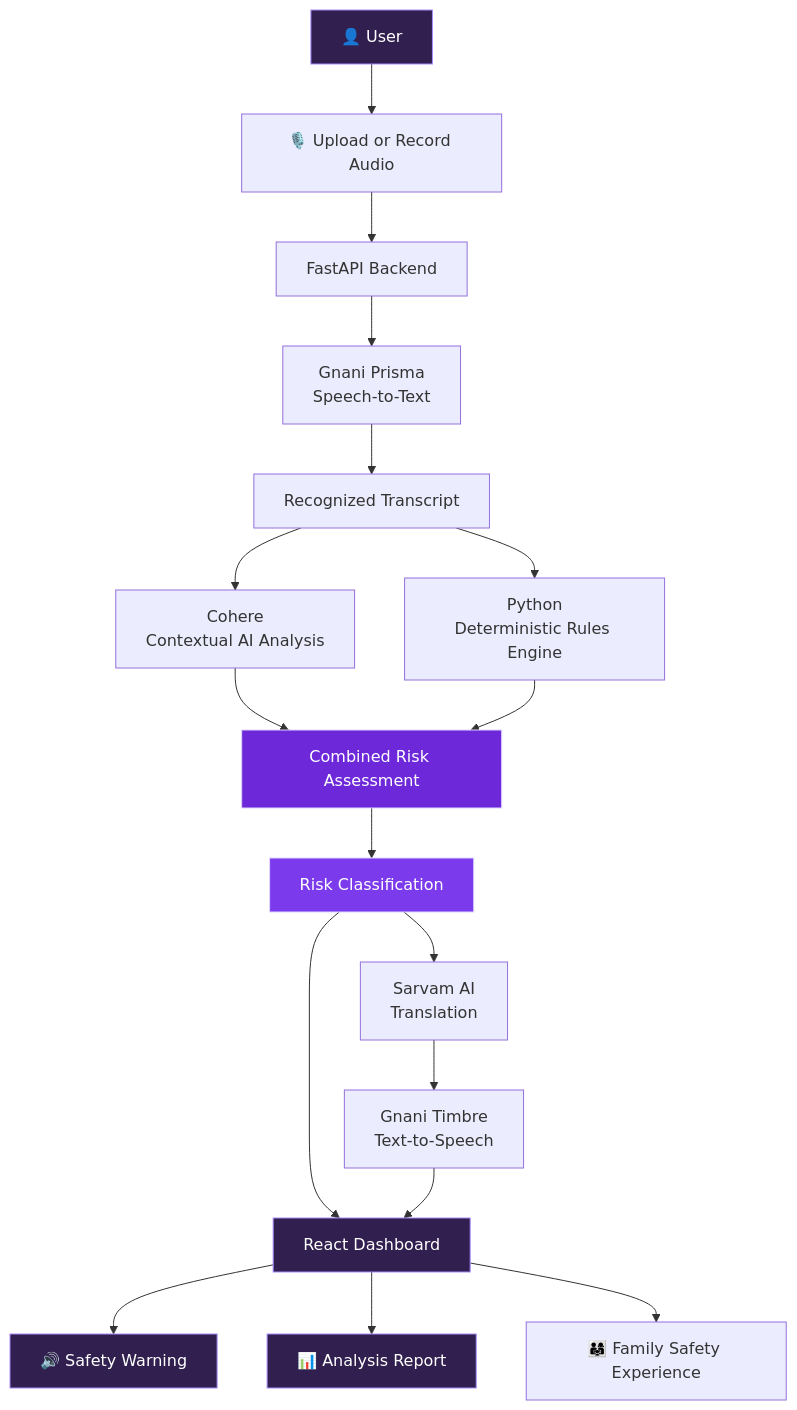
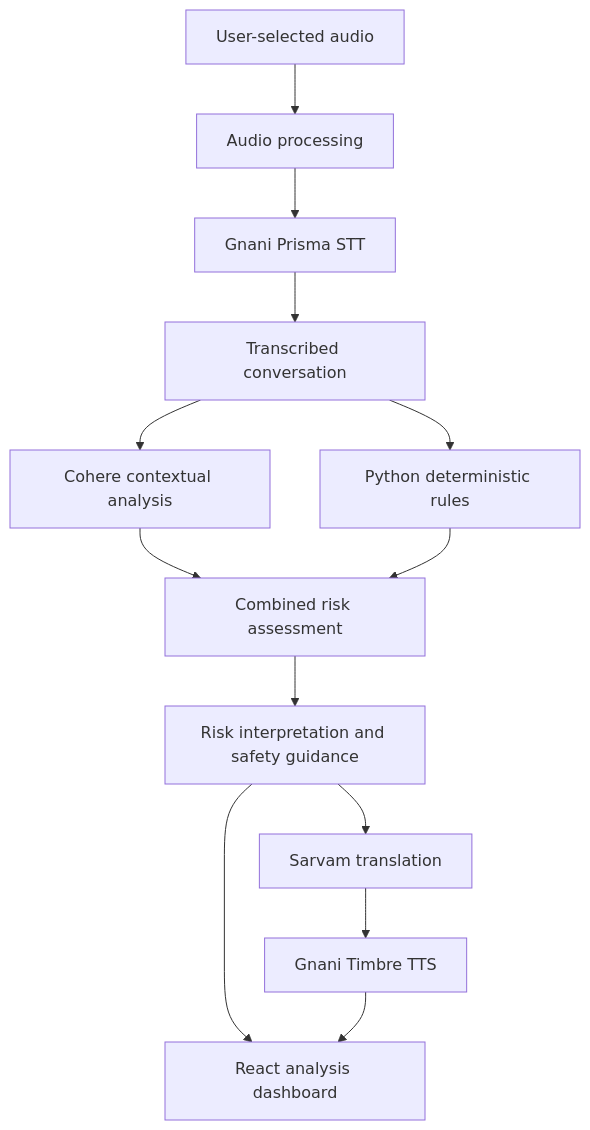
The diagram in README.md (ManyaValecha/TRUSTLINE), drawn with Mermaid before and after one commit. The commit also changed other lines of this file, not shown here.

````diff
--- a/README.md
+++ b/README.md
@@ -127,31 +103,15 @@
 ```mermaid
 flowchart TD
-    U["👤 User"] --> A["🎙️ Upload or Record Audio"]
-    A --> API["FastAPI Backend"]
-    API --> STT["Gnani Prisma<br/>Speech-to-Text"]
-    STT --> T["Recognized Transcript"]
-
-    T --> AI["Cohere<br/>Contextual AI Analysis"]
-    T --> RULES["Python<br/>Deterministic Rules Engine"]
-
-    AI --> F["Combined Risk Assessment"]
-    RULES --> F
-
-    F --> R["Risk Classification"]
-    R --> TR["Sarvam AI<br/>Translation"]
-    TR --> TTS["Gnani Timbre<br/>Text-to-Speech"]
-
-    R --> UI["React Dashboard"]
-    TTS --> UI
-
-    UI --> W["🔊 Safety Warning"]
-    UI --> REPORT["📊 Analysis Report"]
-    UI --> FAMILY["👨‍👩‍👧 Family Safety Experience"]
-
-    style U fill:#31204F,color:#fff,stroke:#A78BFA
-    style F fill:#6D28D9,color:#fff,stroke:#DDD6FE
-    style R fill:#7C3AED,color:#fff,stroke:#DDD6FE
-    style UI fill:#31204F,color:#fff,stroke:#A78BFA
-    style W fill:#31204F,color:#fff,stroke:#A78BFA
-    style REPORT fill:#31204F,color:#fff,stroke:#A78BFA
+    A["User-selected audio"] --> B["Audio processing"]
+    B --> C["Gnani Prisma STT"]
+    C --> D["Transcribed conversation"]
+    D --> E["Cohere contextual analysis"]
+    D --> F["Python deterministic rules"]
+    E --> G["Combined risk assessment"]
+    F --> G
+    G --> H["Risk interpretation and safety guidance"]
+    H --> I["Sarvam translation"]
+    I --> J["Gnani Timbre TTS"]
+    H --> K["React analysis dashboard"]
+    J --> K
 ```
````
